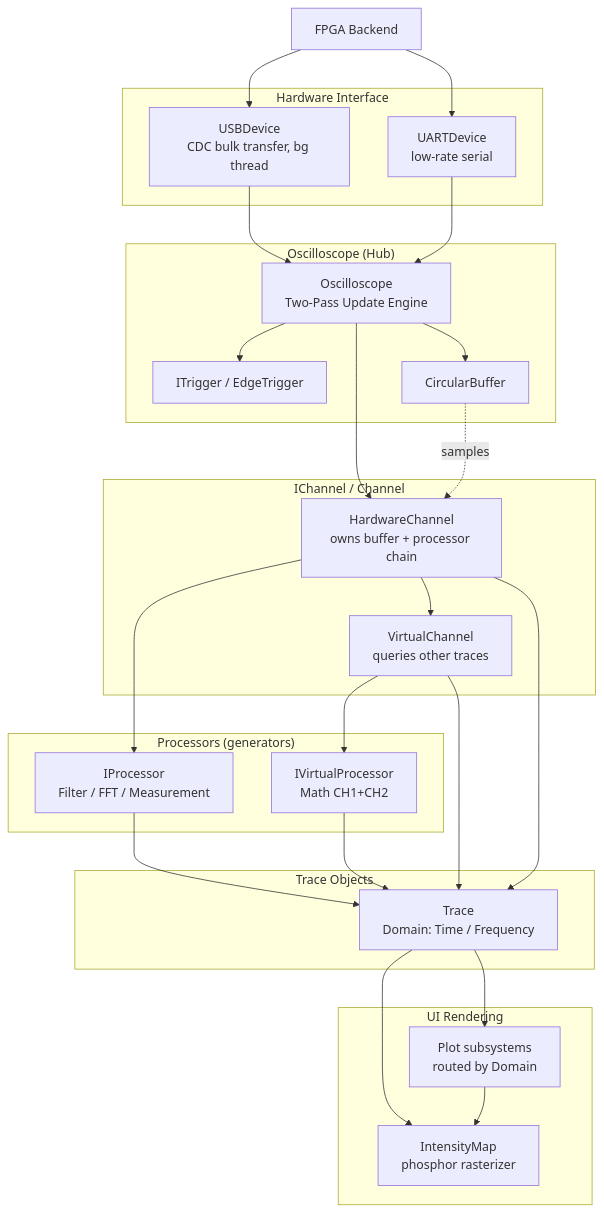
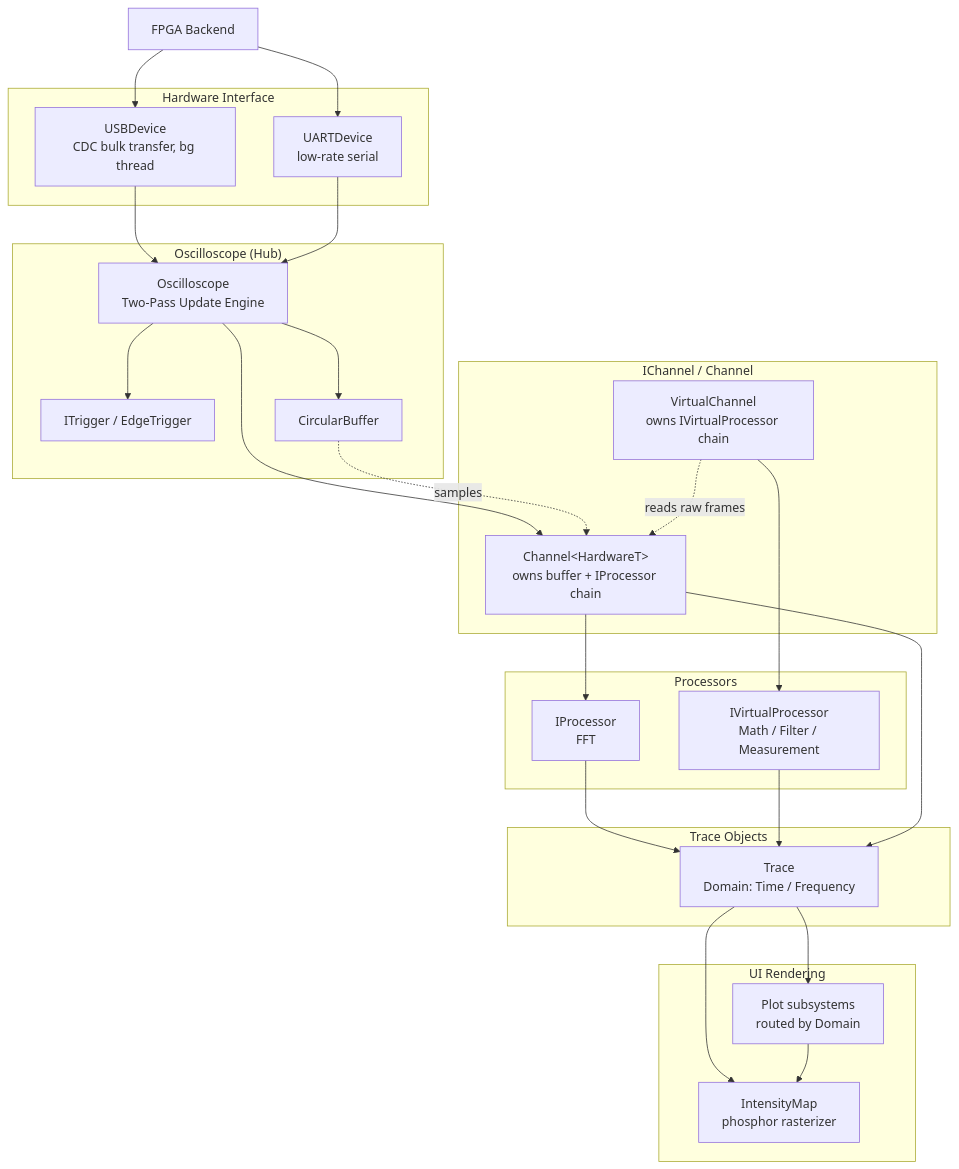
The second of 2 diagrams in docs/ARCHITECTURE.md (wavius/Scoped), drawn with Mermaid before and after one commit. The commit also changed other lines of this file and 3 other files, not shown here.

Commit message:
update readme and architecture doc

````diff
--- a/docs/ARCHITECTURE.md
+++ b/docs/ARCHITECTURE.md
@@ -5,56 +29,55 @@
 ```mermaid
 flowchart TD
     HW[FPGA Backend]
 
     subgraph Interface ["Hardware Interface"]
         USB[USBDevice<br/>CDC bulk transfer, bg thread]
         UART[UARTDevice<br/>low-rate serial]
     end
 
     HW --> USB & UART
 
     subgraph Core ["Oscilloscope (Hub)"]
         OSC[Oscilloscope<br/>Two-Pass Update Engine]
         TRG[ITrigger / EdgeTrigger]
         CB[CircularBuffer]
         OSC --> TRG
         OSC --> CB
     end
 
     USB & UART --> OSC
 
     subgraph Channels ["IChannel / Channel"]
-        HC[HardwareChannel<br/>owns buffer + processor chain]
-        VC[VirtualChannel<br/>queries other traces]
+        HC[Channel&lt;HardwareT&gt;<br/>owns buffer + IProcessor chain]
+        VC[VirtualChannel<br/>owns IVirtualProcessor chain]
     end
 
     OSC --> HC
     CB -. samples .-> HC
+    VC -. reads raw frames .-> HC
 
-    subgraph Proc ["Processors (generators)"]
-        IP[IProcessor<br/>Filter / FFT / Measurement]
-        VP[IVirtualProcessor<br/>Math CH1+CH2]
+    subgraph Proc ["Processors"]
+        IP[IProcessor<br/>FFT]
+        VP[IVirtualProcessor<br/>Math / Filter / Measurement]
     end
 
     HC --> IP
-    HC --> VC
     VC --> VP
 
     subgraph Traces ["Trace Objects"]
         TR[Trace<br/>Domain: Time / Frequency]
     end
 
     IP --> TR
     VP --> TR
-    VC --> TR
     HC --> TR
 
     subgraph Render ["UI Rendering"]
         IM[IntensityMap<br/>phosphor rasterizer]
         PLT[Plot subsystems<br/>routed by Domain]
     end
 
     TR --> PLT
     TR --> IM
     PLT --> IM
 ```
````
